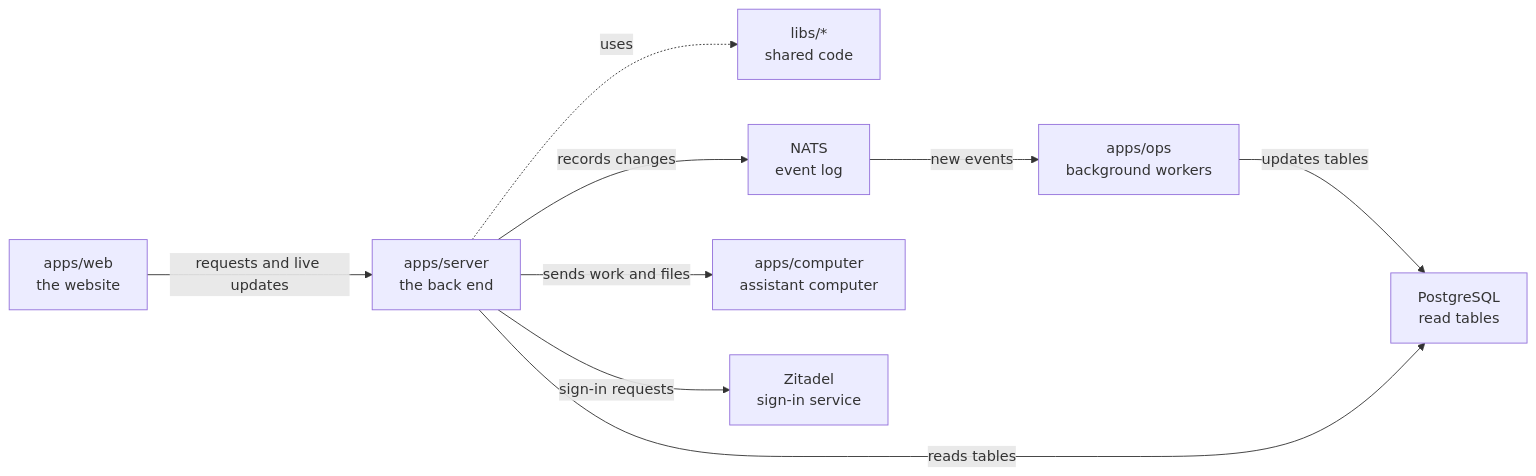
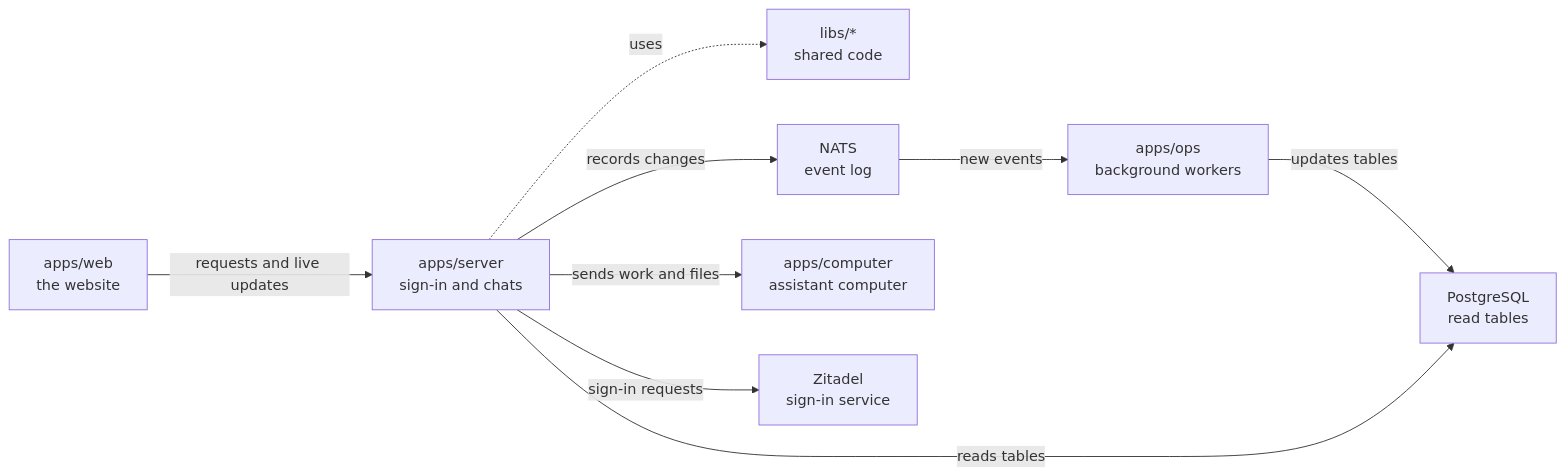
One commit to elewa-git/opencrane-new changed the diagram in apps/server/README.md. Above: the diagram before and after it, drawn with Mermaid. The commit also changed other lines of this file and 13 other files, not shown here.

````diff
--- a/apps/server/README.md
+++ b/apps/server/README.md
@@ -11,11 +11,11 @@
 ```mermaid
 flowchart LR
-  web["apps/web<br/>the website"] -->|requests and live updates| server["apps/server<br/>the back end"]
+  web["apps/web<br/>the website"] -->|requests and live updates| server["apps/server<br/>sign-in and chats"]
   server -.->|uses| libs["libs/*<br/>shared code"]
   server -->|records changes| nats["NATS<br/>event log"]
   nats -->|new events| ops["apps/ops<br/>background workers"]
   ops -->|updates tables| postgres["PostgreSQL<br/>read tables"]
   server -->|reads tables| postgres
   server -->|sends work and files| computer["apps/computer<br/>assistant computer"]
   server -->|sign-in requests| zitadel["Zitadel<br/>sign-in service"]
 ```
````
